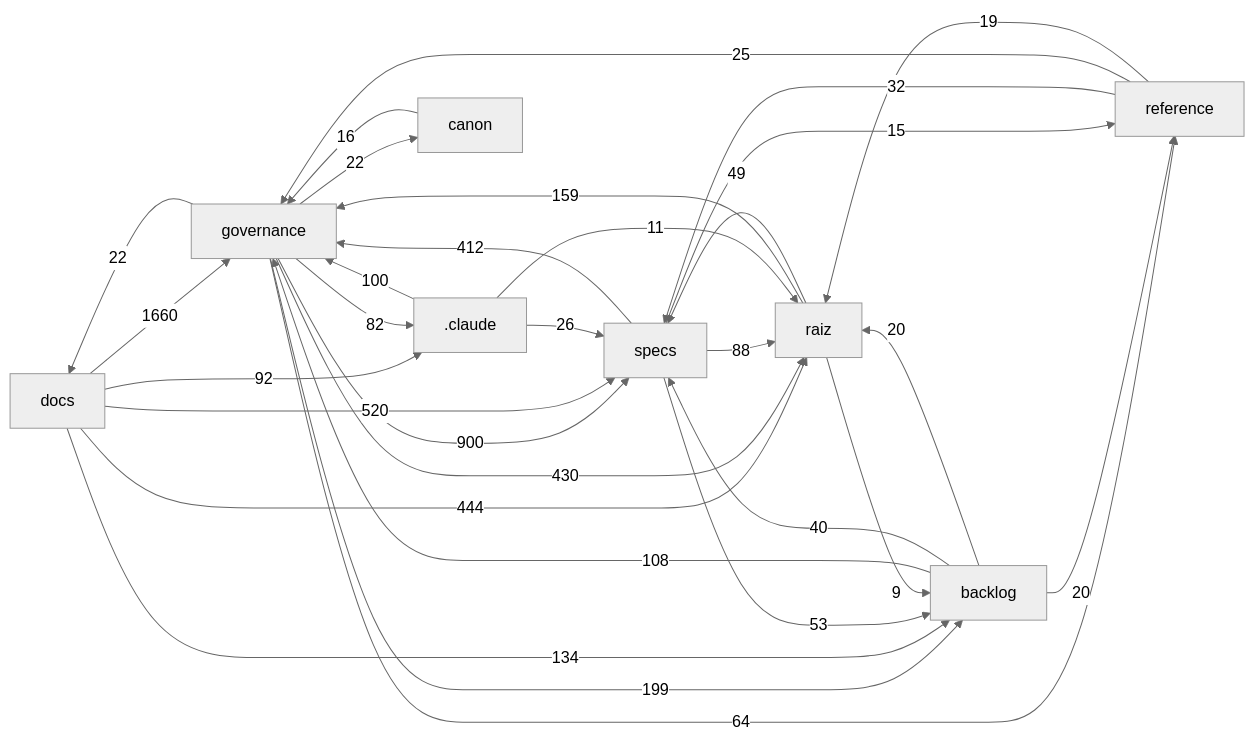
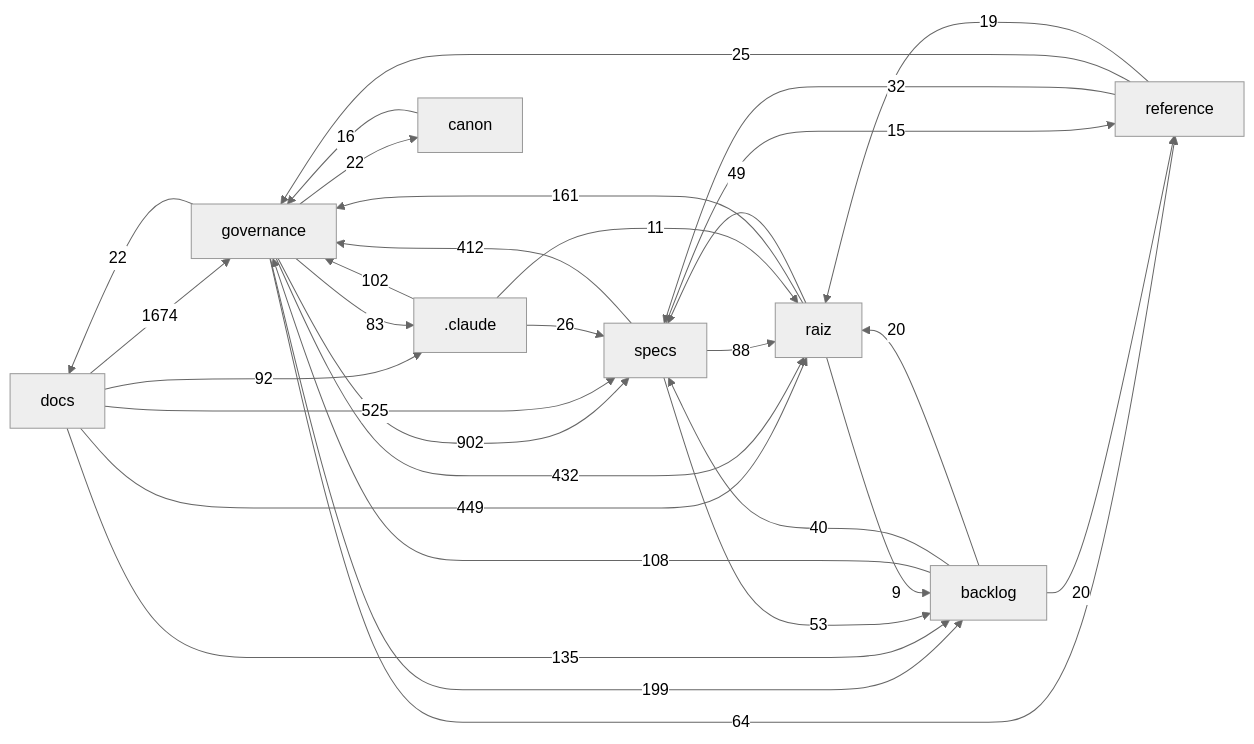
Before and after one commit to Andraus35/Sistema-Operacional-de-Trading--SOT: the diagram in docs/mapa/MAPA-PROJETO.md, drawn with Mermaid (neutral theme). The commit also changed other lines of this file and 9 other files, not shown here.

````diff
--- a/docs/mapa/MAPA-PROJETO.md
+++ b/docs/mapa/MAPA-PROJETO.md
@@ -29,33 +29,33 @@
 ```mermaid
 flowchart LR
-  docs["docs"] -->|1660| governance["governance"]
-  governance["governance"] -->|900| specs["specs"]
-  docs["docs"] -->|520| specs["specs"]
-  docs["docs"] -->|444| raiz["raiz"]
-  governance["governance"] -->|430| raiz["raiz"]
+  docs["docs"] -->|1674| governance["governance"]
+  governance["governance"] -->|902| specs["specs"]
+  docs["docs"] -->|525| specs["specs"]
+  docs["docs"] -->|449| raiz["raiz"]
+  governance["governance"] -->|432| raiz["raiz"]
   specs["specs"] -->|412| governance["governance"]
   governance["governance"] -->|199| backlog["backlog"]
-  raiz["raiz"] -->|159| governance["governance"]
-  docs["docs"] -->|134| backlog["backlog"]
+  raiz["raiz"] -->|161| governance["governance"]
+  docs["docs"] -->|135| backlog["backlog"]
   backlog["backlog"] -->|108| governance["governance"]
-  _claude[".claude"] -->|100| governance["governance"]
+  _claude[".claude"] -->|102| governance["governance"]
   docs["docs"] -->|92| _claude[".claude"]
   specs["specs"] -->|88| raiz["raiz"]
-  governance["governance"] -->|82| _claude[".claude"]
+  governance["governance"] -->|83| _claude[".claude"]
   governance["governance"] -->|64| reference["reference"]
   specs["specs"] -->|53| backlog["backlog"]
   raiz["raiz"] -->|49| specs["specs"]
   backlog["backlog"] -->|40| specs["specs"]
   reference["reference"] -->|32| specs["specs"]
   _claude[".claude"] -->|26| specs["specs"]
   reference["reference"] -->|25| governance["governance"]
   governance["governance"] -->|22| docs["docs"]
   governance["governance"] -->|22| canon["canon"]
   backlog["backlog"] -->|20| raiz["raiz"]
   backlog["backlog"] -->|20| reference["reference"]
   reference["reference"] -->|19| raiz["raiz"]
   canon["canon"] -->|16| governance["governance"]
   specs["specs"] -->|15| reference["reference"]
   _claude[".claude"] -->|11| raiz["raiz"]
   raiz["raiz"] -->|9| backlog["backlog"]
 ```
````
